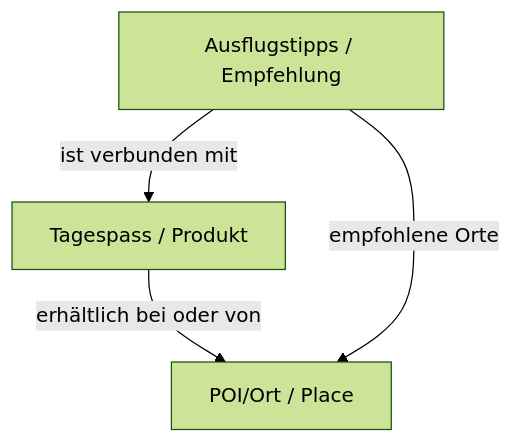
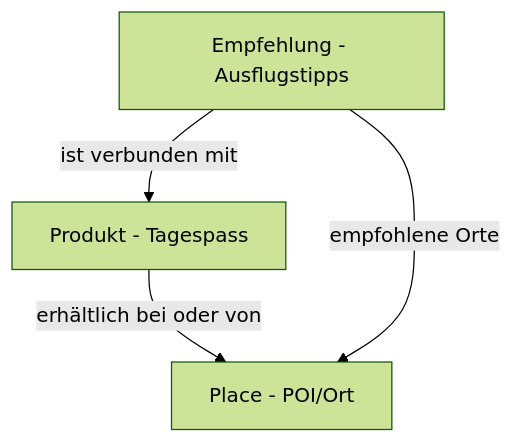
Before and after one commit to tsolenthaler/docs.contentdesk.io: the diagram in docs/dev/projects/glanerlandApp.md, drawn with Mermaid (forest theme).

Commit message:
Refactor code to update contentdesk dependencies and improve formatting in glanerlandApp.md

````diff
--- a/docs/dev/projects/glanerlandApp.md
+++ b/docs/dev/projects/glanerlandApp.md
@@ -6,7 +6,7 @@
 ``` mermaid
 graph TD
-    Product[Tagespass / Produkt]-->|erhältlich bei oder von|Place[POI/Ort / Place]
+    Product[Produkt - Tagespass]-->|erhältlich bei oder von|Place[Place - POI/Ort]
 
-    Recommendation[Ausflugstipps / Empfehlung] -->|empfohlene Orte|Place
+    Recommendation[Empfehlung - Ausflugstipps] -->|empfohlene Orte|Place
     Recommendation -->|ist verbunden mit|Product
 ```
````
